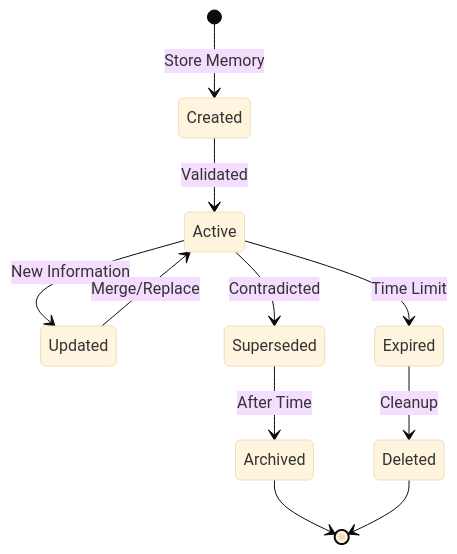
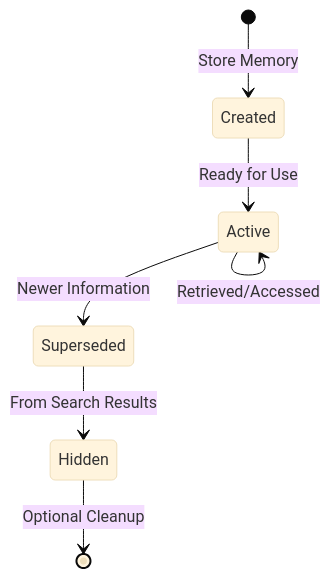
Before and after one commit to rigrergl/memento: the second of 2 diagrams in Documentation/data-model.md, drawn with Mermaid (base theme). The commit also changed other lines of this file and 1 other file, not shown here.

````diff
--- a/Documentation/data-model.md
+++ b/Documentation/data-model.md
@@ -206,13 +176,9 @@
 ```mermaid
 stateDiagram-v2
     [*] --> Created: Store Memory
-    Created --> Active: Validated
-    Active --> Updated: New Information
-    Updated --> Active: Merge/Replace
-    Active --> Superseded: Contradicted
-    Superseded --> Archived: After Time
-    Active --> Expired: Time Limit
-    Expired --> Deleted: Cleanup
-    Archived --> [*]
-    Deleted --> [*]
+    Created --> Active: Ready for Use
+    Active --> Active: Retrieved/Accessed
+    Active --> Superseded: Newer Information
+    Superseded --> Hidden: From Search Results
+    Hidden --> [*]: Optional Cleanup
 ```
````
